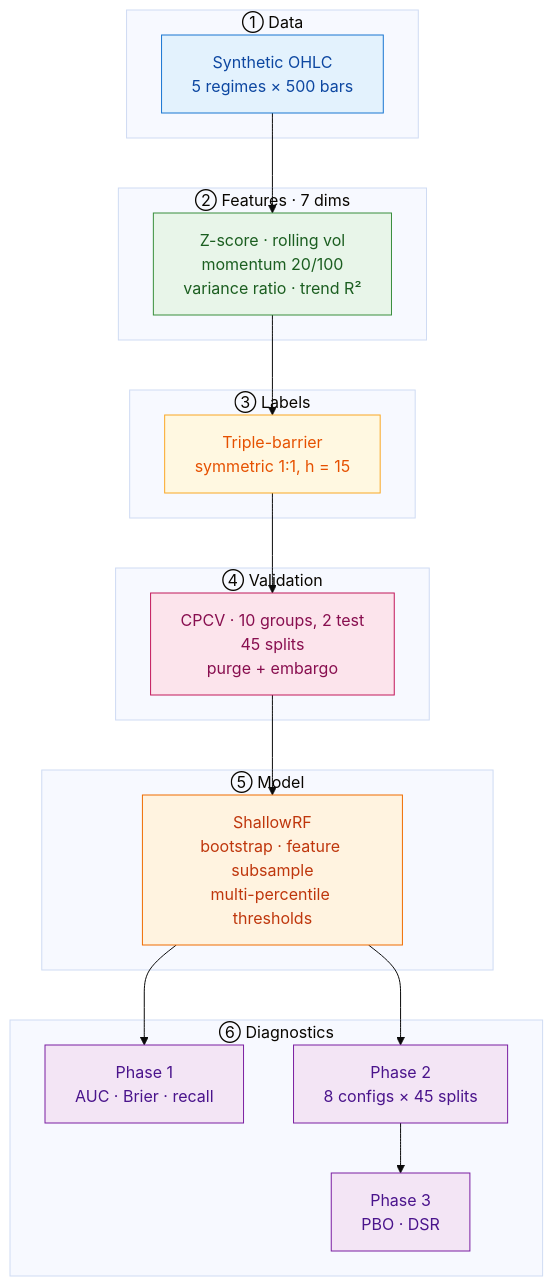
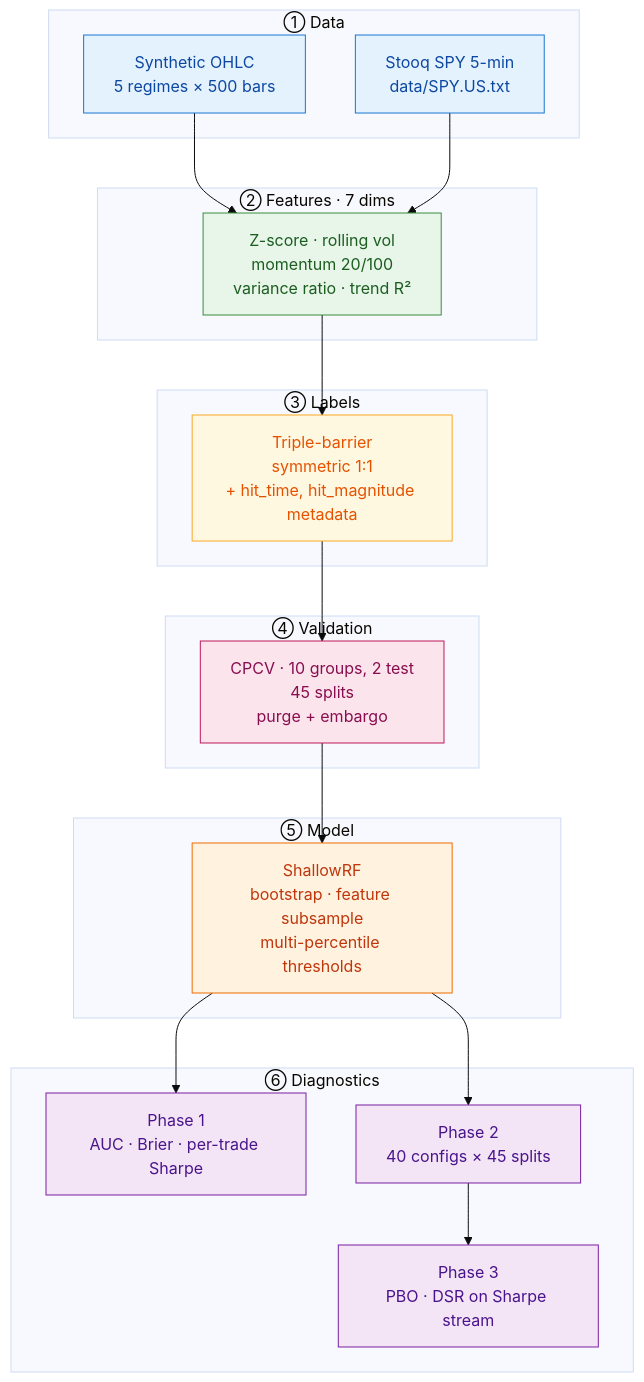
One commit to leopitner/meanrevML_cpp changed the diagram in README.md. Above: the diagram before and after it, drawn with Mermaid (base theme). The commit also changed other lines of this file and 11 other files, not shown here.

Commit message:
real-data: report both horizon configurations, deflate second-trial DSR

````diff
--- a/README.md
+++ b/README.md
@@ -39,47 +53,50 @@
 ```mermaid
 flowchart TB
     subgraph S1["① Data"]
         A["Synthetic OHLC<br/>5 regimes × 500 bars"]
+        A2["Stooq SPY 5-min<br/>data/SPY.US.txt"]
     end
 
     subgraph S2["② Features · 7 dims"]
         B["Z-score · rolling vol<br/>momentum 20/100<br/>variance ratio · trend R²"]
     end
 
     subgraph S3["③ Labels"]
-        C["Triple-barrier<br/>symmetric 1:1, h = 15"]
+        C["Triple-barrier<br/>symmetric 1:1<br/>+ hit_time, hit_magnitude metadata"]
     end
 
     subgraph S4["④ Validation"]
         D["CPCV · 10 groups, 2 test<br/>45 splits<br/>purge + embargo"]
     end
 
     subgraph S5["⑤ Model"]
         E["ShallowRF<br/>bootstrap · feature subsample<br/>multi-percentile thresholds"]
     end
 
     subgraph S6["⑥ Diagnostics"]
-        F["Phase 1<br/>AUC · Brier · recall"]
-        G["Phase 2<br/>8 configs × 45 splits"]
-        H["Phase 3<br/>PBO · DSR"]
+        F["Phase 1<br/>AUC · Brier · per-trade Sharpe"]
+        G["Phase 2<br/>40 configs × 45 splits"]
+        H["Phase 3<br/>PBO · DSR on Sharpe stream"]
     end
 
-    A --> B --> C --> D --> E
+    A --> B
+    A2 --> B
+    B --> C --> D --> E
     E --> F
     E --> G
     G --> H
 
     classDef data    fill:#e3f2fd,stroke:#1976d2,color:#0d47a1
     classDef feat    fill:#e8f5e9,stroke:#388e3c,color:#1b5e20
     classDef lab     fill:#fff8e1,stroke:#f9a825,color:#e65100
     classDef cv      fill:#fce4ec,stroke:#c2185b,color:#880e4f
     classDef model   fill:#fff3e0,stroke:#ef6c00,color:#bf360c
     classDef diag    fill:#f3e5f5,stroke:#7b1fa2,color:#4a148c
 
-    class A data
+    class A,A2 data
     class B feat
     class C lab
     class D cv
     class E model
     class F,G,H diag
 ```
````
